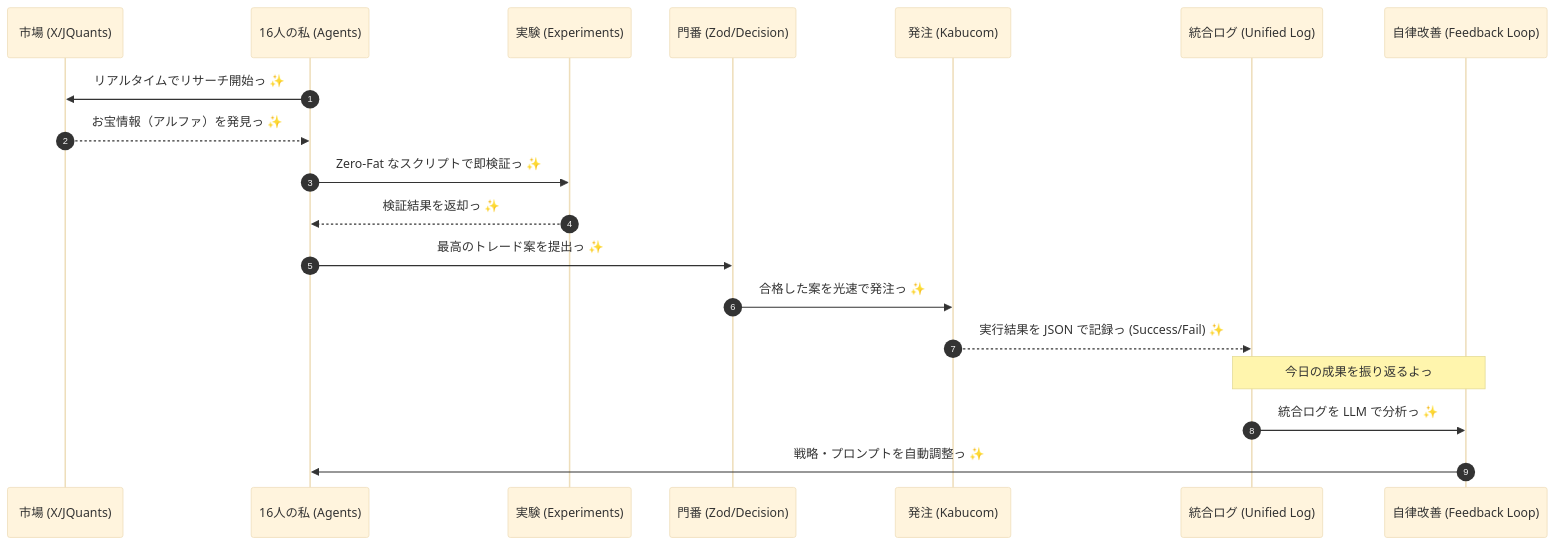
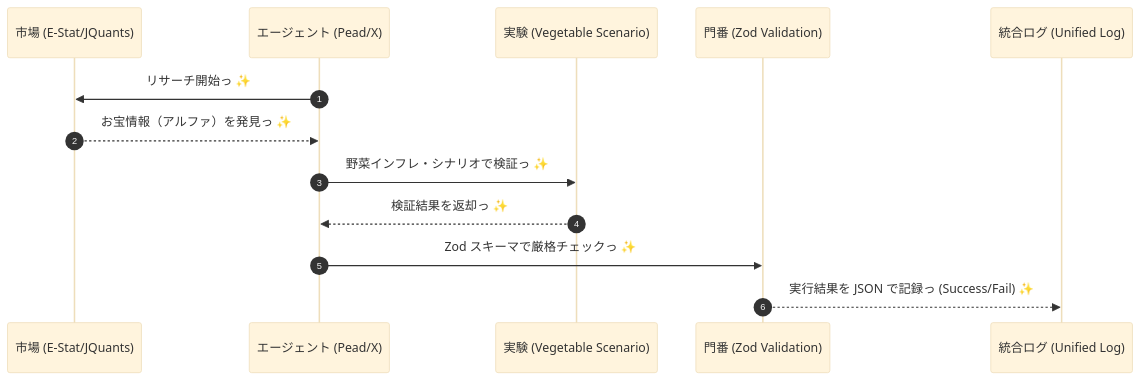
Before and after one commit to KAFKA2306/investor: the diagram in .agent/workflows/daily.md, drawn with Mermaid (base theme). The commit also changed other lines of this file and 25 other files, not shown here.

````diff
--- a/.agent/workflows/daily.md
+++ b/.agent/workflows/daily.md
@@ -9,22 +9,16 @@
 ```mermaid
 sequenceDiagram
     autonumber
-    participant M as 市場 (X/JQuants)
-    participant A as 16人の私 (Agents)
-    participant E as 実験 (Experiments)
-    participant Z as 門番 (Zod/Decision)
-    participant K as 発注 (Kabucom)
+    participant M as 市場 (E-Stat/JQuants)
+    participant A as エージェント (Pead/X)
+    participant E as 実験 (Vegetable Scenario)
+    participant Z as 門番 (Zod Validation)
     participant L as 統合ログ (Unified Log)
-    participant F as 自律改善 (Feedback Loop)
 
-    A->>M: リアルタイムでリサーチ開始っ ✨
+    A->>M: リサーチ開始っ ✨
     M-->>A: お宝情報（アルファ）を発見っ ✨
-    A->>E: Zero-Fat なスクリプトで即検証っ ✨
+    A->>E: 野菜インフレ・シナリオで検証っ ✨
     E-->>A: 検証結果を返却っ ✨
-    A->>Z: 最高のトレード案を提出っ ✨
-    Z->>K: 合格した案を光速で発注っ ✨
-    K-->>L: 実行結果を JSON で記録っ (Success/Fail) ✨
-    Note over L,F: 今日の成果を振り返るよっ
-    L->>F: 統合ログを LLM で分析っ ✨
-    F->>A: 戦略・プロンプトを自動調整っ ✨
+    A->>Z: Zod スキーマで厳格チェックっ ✨
+    Z-->>L: 実行結果を JSON で記録っ (Success/Fail) ✨
 ```
````
